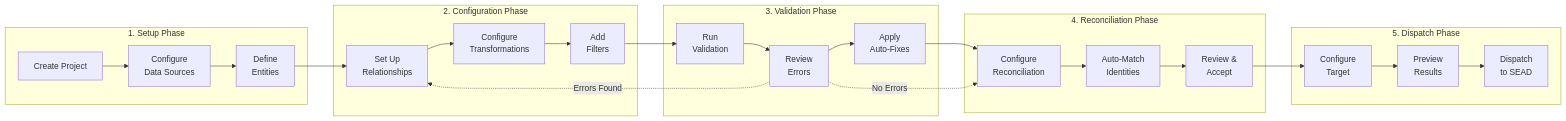
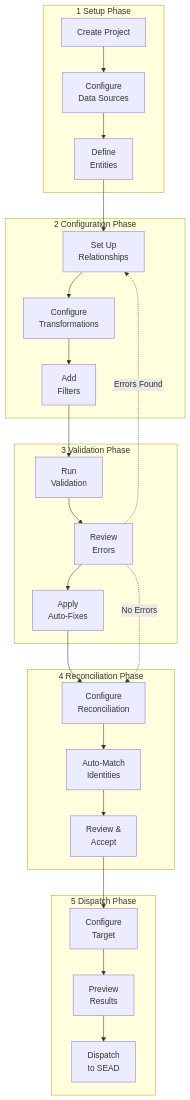
Before and after one commit to humlab-sead/sead_shape_shifter: the third of 15 diagrams in docs/SYSTEM_DIAGRAMS.md, drawn with Mermaid. The commit also changed other lines of this file and 6 other files, not shown here.

First line of the commit message:
feat: enhance system diagrams and improve UI/UX in project editor

````diff
--- a/docs/SYSTEM_DIAGRAMS.md
+++ b/docs/SYSTEM_DIAGRAMS.md
@@ -99,41 +113,41 @@
 ```mermaid
-flowchart LR
-    subgraph "1. Setup Phase"
+flowchart TB
+    subgraph "1 Setup Phase"
         A1[Create Project]
         A2[Configure<br/>Data Sources]
         A3[Define<br/>Entities]
     end
     
-    subgraph "2. Configuration Phase"
+    subgraph "2 Configuration Phase"
         B1[Set Up<br/>Relationships]
         B2[Configure<br/>Transformations]
         B3[Add<br/>Filters]
     end
     
-    subgraph "3. Validation Phase"
+    subgraph "3 Validation Phase"
         C1[Run<br/>Validation]
         C2[Review<br/>Errors]
         C3[Apply<br/>Auto-Fixes]
     end
     
-    subgraph "4. Reconciliation Phase"
+    subgraph "4 Reconciliation Phase"
         D1[Configure<br/>Reconciliation]
         D2[Auto-Match<br/>Identities]
         D3[Review &<br/>Accept]
     end
     
-    subgraph "5. Dispatch Phase"
+    subgraph "5 Dispatch Phase"
         E1[Configure<br/>Target]
         E2[Preview<br/>Results]
         E3[Dispatch<br/>to SEAD]
     end
     
     A1 --> A2 --> A3
     A3 --> B1 --> B2 --> B3
     B3 --> C1 --> C2 --> C3
     C3 --> D1 --> D2 --> D3
     D3 --> E1 --> E2 --> E3
     
     C2 -.->|Errors Found| B1
     C2 -.->|No Errors| D1
 ```
````
